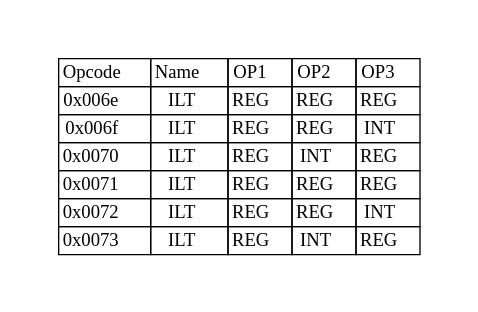
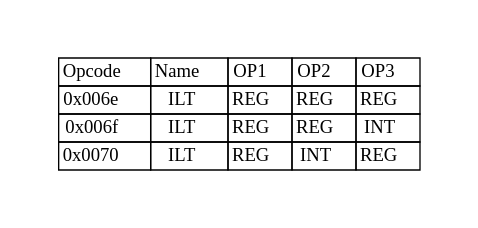
The diagram in docs/books/crexx_vm_spec/svg/ilt.gv (adesutherland/CREXX), drawn with Graphviz before and after one commit. The commit also changed 207 other files, not shown here.

```diff
--- a/docs/books/crexx_vm_spec/svg/ilt.gv
+++ b/docs/books/crexx_vm_spec/svg/ilt.gv
@@ -1,14 +1,11 @@
 digraph{
 graph [pad="0.5", nodesep="0.5", ranksep="2" ]
 node[shape=plain]
 Foo [label=<
 <table border="0" cellborder="1" cellspacing="0">
 <tr><td> Opcode </td> <td> Name </td> <td> OP1 </td><td> OP2 </td><td> OP3 </td> </tr>
 <tr><td> 0x006e </td><td> ILT </td><td> REG </td><td> REG </td><td> REG </td> </tr>
 <tr><td> 0x006f </td><td> ILT </td><td> REG </td><td> REG </td><td> INT </td> </tr>
 <tr><td> 0x0070 </td><td> ILT </td><td> REG </td><td> INT </td><td> REG </td> </tr>
-<tr><td> 0x0071 </td><td> ILT </td><td> REG </td><td> REG </td><td> REG </td> </tr>
-<tr><td> 0x0072 </td><td> ILT </td><td> REG </td><td> REG </td><td> INT </td> </tr>
-<tr><td> 0x0073 </td><td> ILT </td><td> REG </td><td> INT </td><td> REG </td> </tr>
 </table>>];
 }
```
